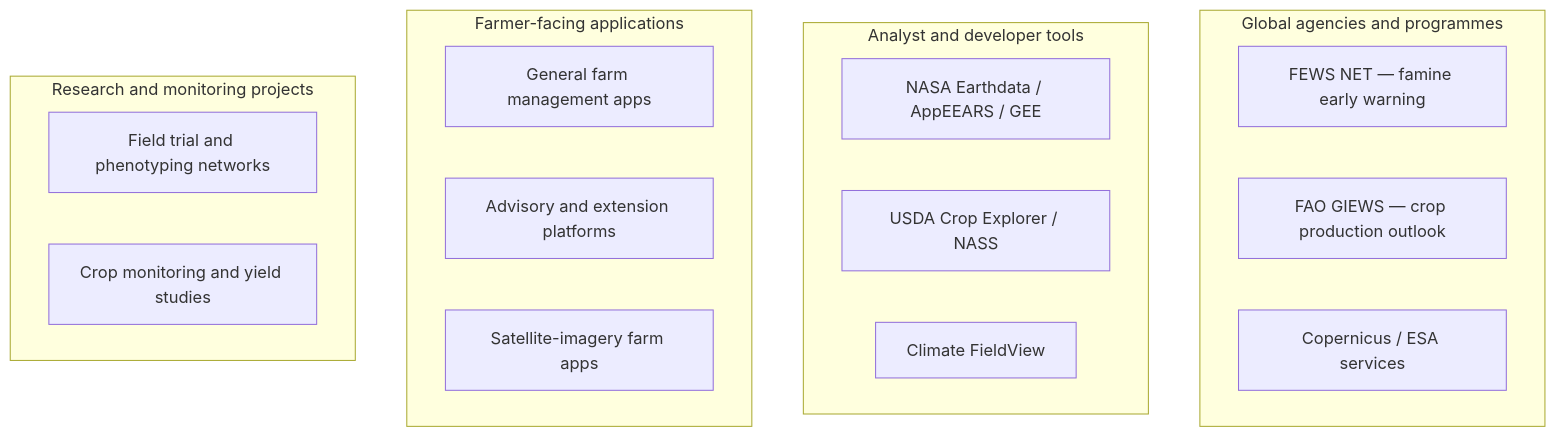
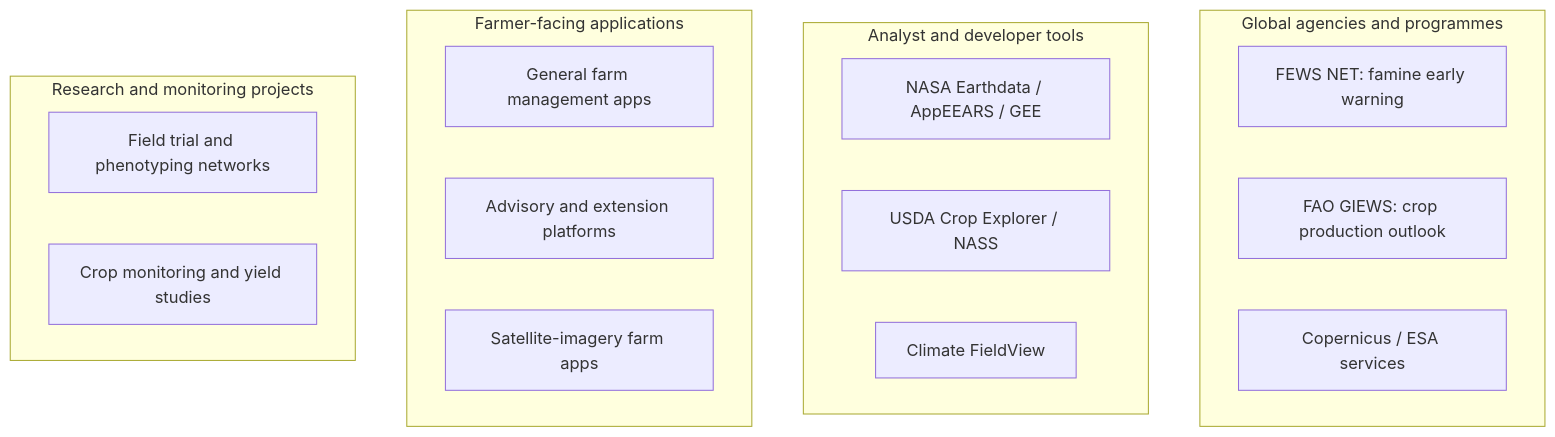
Before and after one commit to vip-ultr/dalashift: the first of 2 diagrams in docs/research/prior-art.md, drawn with Mermaid. The commit also changed other lines of this file and 62 other files, not shown here.

````diff
--- a/docs/research/prior-art.md
+++ b/docs/research/prior-art.md
@@ -29,22 +29,22 @@
 ```mermaid
 flowchart TB
     subgraph GOV["Global agencies and programmes"]
-        G1["FEWS NET — famine early warning"]
-        G2["FAO GIEWS — crop production outlook"]
+        G1["FEWS NET: famine early warning"]
+        G2["FAO GIEWS: crop production outlook"]
         G3["Copernicus / ESA services"]
     end
     subgraph TOOLS["Analyst and developer tools"]
         T1["NASA Earthdata / AppEEARS / GEE"]
         T2["USDA Crop Explorer / NASS"]
         T3["Climate FieldView"]
     end
     subgraph FARM["Farmer-facing applications"]
         F1["General farm management apps"]
         F2["Advisory and extension platforms"]
         F3["Satellite-imagery farm apps"]
     end
     subgraph RES["Research and monitoring projects"]
         R1["Field trial and phenotyping networks"]
         R2["Crop monitoring and yield studies"]
     end
 ```
````
